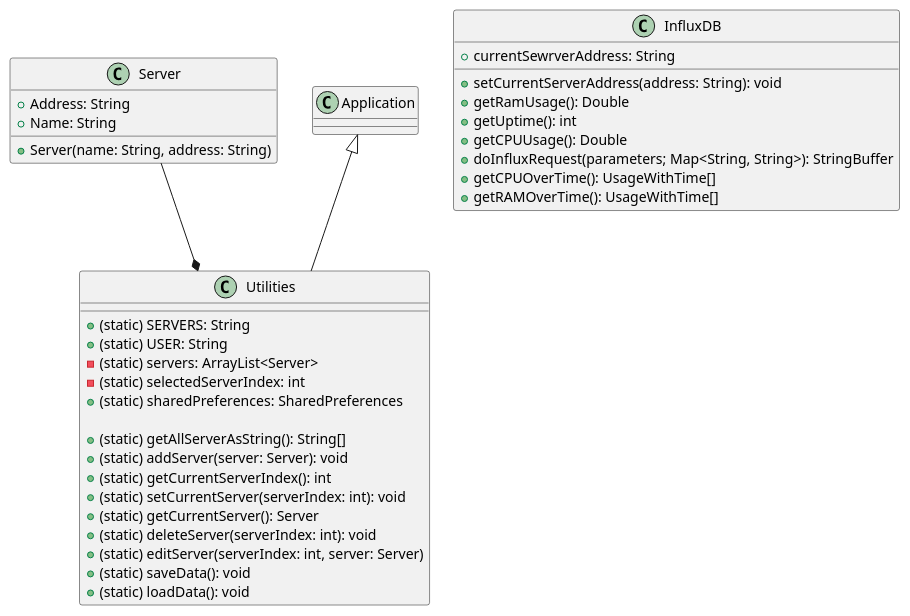
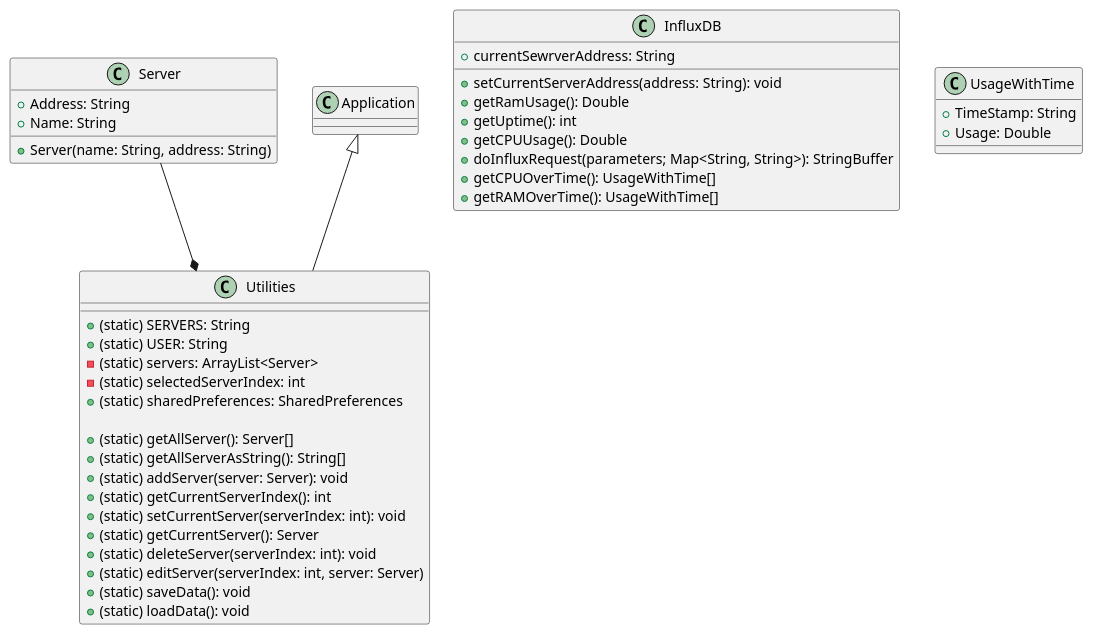
One commit to ILikeBananas/ILBSYS_android changed the diagram in doc/puml/src/classes.puml. Above: the diagram before and after it, drawn with PlantUML.

Commit message:
Updating diagram

```diff
--- a/doc/puml/src/classes.puml
+++ b/doc/puml/src/classes.puml
@@ -2,43 +2,49 @@
 @startuml
 
 class Server {
     + Address: String
     + Name: String
 
     + Server(name: String, address: String)
 }
 
 class InfluxDB {
     + currentSewrverAddress: String
 
     + setCurrentServerAddress(address: String): void
     + getRamUsage(): Double
     + getUptime(): int
     + getCPUUsage(): Double
     + doInfluxRequest(parameters; Map<String, String>): StringBuffer
     + getCPUOverTime(): UsageWithTime[]
     + getRAMOverTime(): UsageWithTime[]
 }
 
 class Utilities extends Application {
     + (static) SERVERS: String
     + (static) USER: String
     - (static) servers: ArrayList<Server>
     - (static) selectedServerIndex: int
     + (static) sharedPreferences: SharedPreferences
 
+    + (static) getAllServer(): Server[]
     + (static) getAllServerAsString(): String[]
     + (static) addServer(server: Server): void
     + (static) getCurrentServerIndex(): int
     + (static) setCurrentServer(serverIndex: int): void
     + (static) getCurrentServer(): Server
     + (static) deleteServer(serverIndex: int): void
     + (static) editServer(serverIndex: int, server: Server)
     + (static) saveData(): void
     + (static) loadData(): void
 }
 
+class UsageWithTime {
+    + TimeStamp: String
+    + Usage: Double
+}
+
 
 Server --* Utilities
 
 @enduml
```
